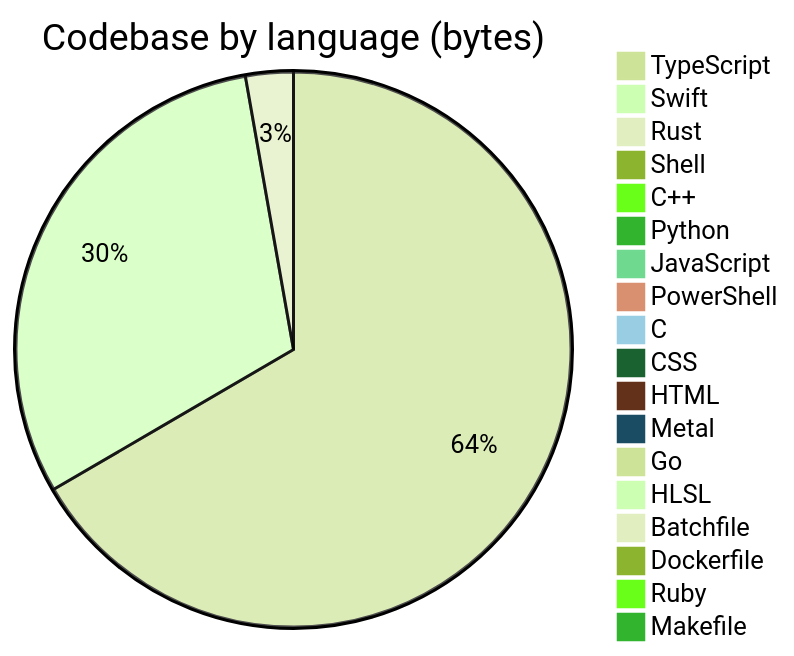
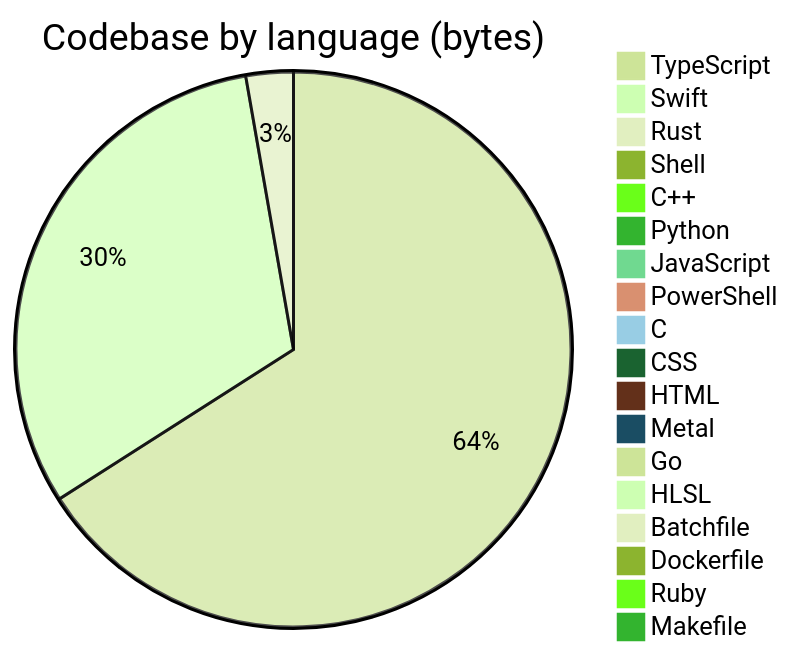
One commit to Open330/.github changed the diagram in profile/README.md. Above: the diagram before and after it, drawn with Mermaid (forest theme). The commit also changed other lines of this file, not shown here.

````diff
--- a/profile/README.md
+++ b/profile/README.md
@@ -127,21 +127,21 @@
 ```mermaid
 pie title Codebase by language (bytes)
     "TypeScript" : 34135645
-    "Swift" : 15699621
-    "Rust" : 1422390
+    "Swift" : 16192403
+    "Rust" : 1425413
     "Shell" : 472359
     "C++" : 388775
     "Python" : 297604
     "JavaScript" : 242073
     "PowerShell" : 128198
     "C" : 114143
     "CSS" : 84495
     "HTML" : 34594
     "Metal" : 33033
     "Go" : 22811
     "HLSL" : 7527
     "Batchfile" : 5870
     "Dockerfile" : 4893
     "Ruby" : 1554
     "Makefile" : 1150
 ```
````
